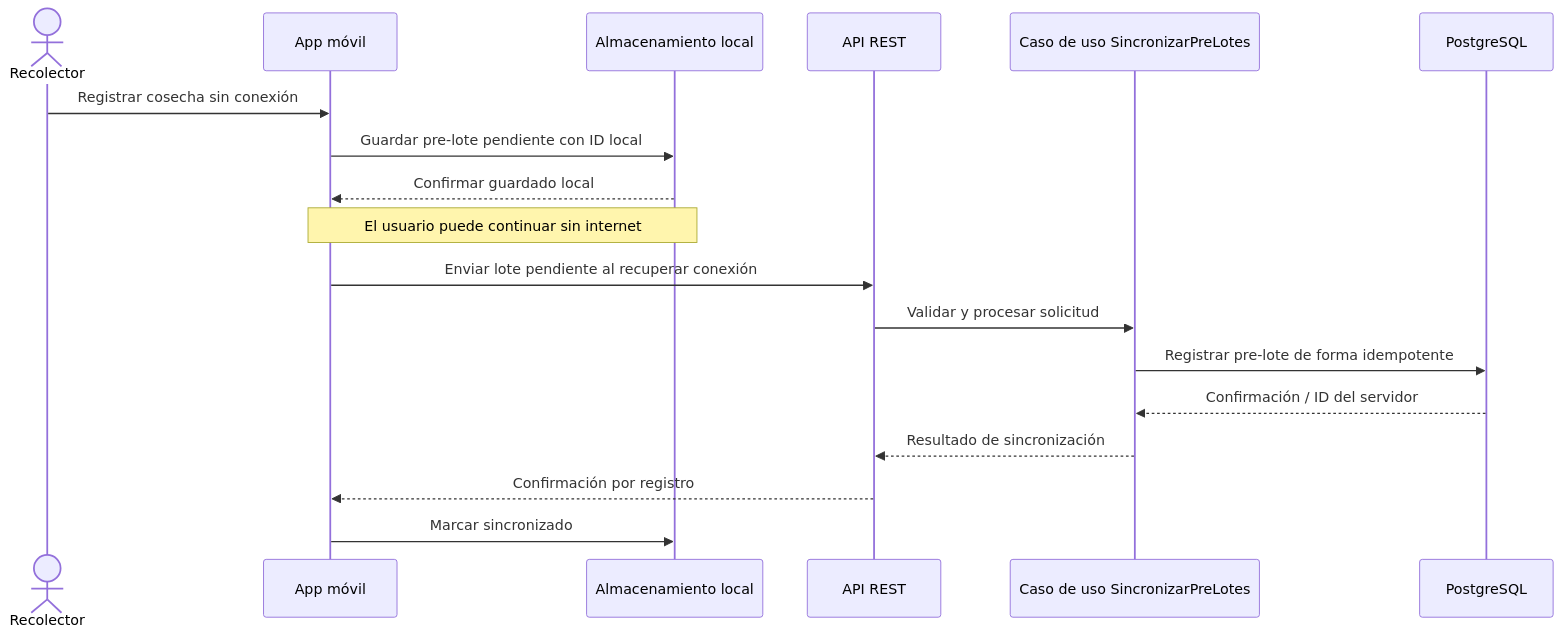
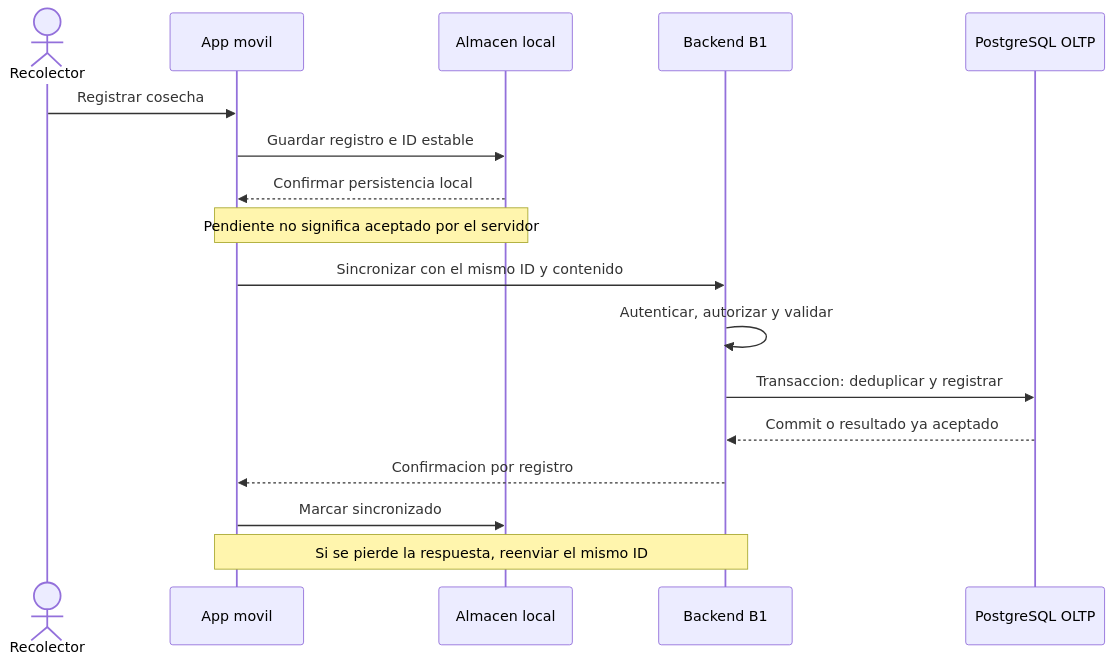
Before and after one commit to carlosgaraundo27-svg/Trazabilidad-Agricola-Arquitectura: the first of 2 diagrams in docs/03-diseno-de-software/01-diseno-interno.md, drawn with Mermaid. The commit also changed other lines of this file and 12 other files, not shown here.

```diff
--- a/docs/03-diseno-de-software/01-diseno-interno.md
+++ b/docs/03-diseno-de-software/01-diseno-interno.md
@@ -75,21 +76,19 @@
 ~~~mermaid
 sequenceDiagram
-    actor Recolector
-    participant App as App móvil
-    participant Local as Almacenamiento local
-    participant API as API REST
-    participant UC as Caso de uso SincronizarPreLotes
-    participant DB as PostgreSQL
-
-    Recolector->>App: Registrar cosecha sin conexión
-    App->>Local: Guardar pre-lote pendiente con ID local
-    Local-->>App: Confirmar guardado local
-    Note over App,Local: El usuario puede continuar sin internet
-    App->>API: Enviar lote pendiente al recuperar conexión
-    API->>UC: Validar y procesar solicitud
-    UC->>DB: Registrar pre-lote de forma idempotente
-    DB-->>UC: Confirmación / ID del servidor
-    UC-->>API: Resultado de sincronización
-    API-->>App: Confirmación por registro
-    App->>Local: Marcar sincronizado
+    actor R as Recolector
+    participant M as App movil
+    participant L as Almacen local
+    participant B as Backend B1
+    participant O as PostgreSQL OLTP
+    R->>M: Registrar cosecha
+    M->>L: Guardar registro e ID estable
+    L-->>M: Confirmar persistencia local
+    Note over M,L: Pendiente no significa aceptado por el servidor
+    M->>B: Sincronizar con el mismo ID y contenido
+    B->>B: Autenticar, autorizar y validar
+    B->>O: Transaccion: deduplicar y registrar
+    O-->>B: Commit o resultado ya aceptado
+    B-->>M: Confirmacion por registro
+    M->>L: Marcar sincronizado
+    Note over M,B: Si se pierde la respuesta, reenviar el mismo ID
 ~~~
```
